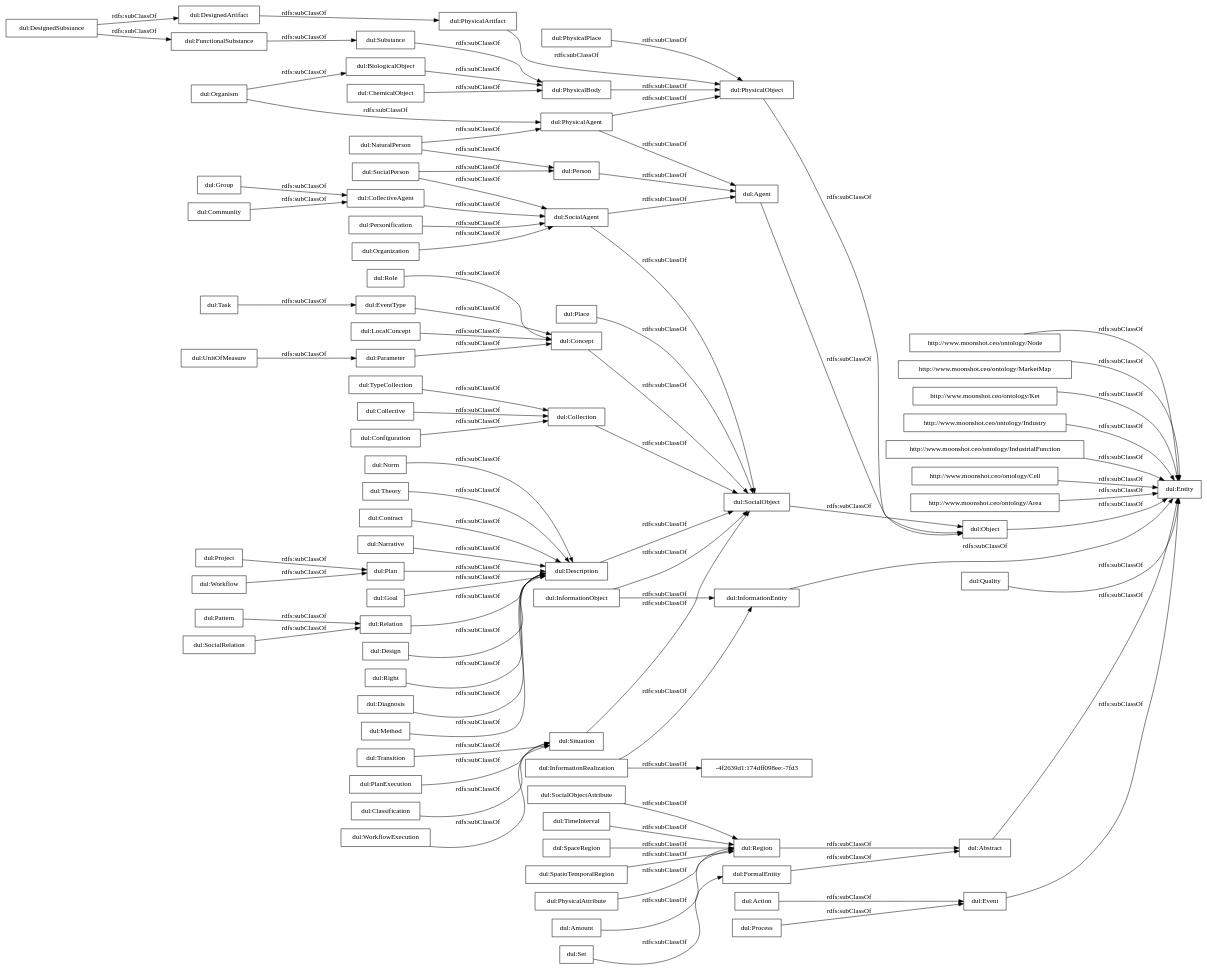
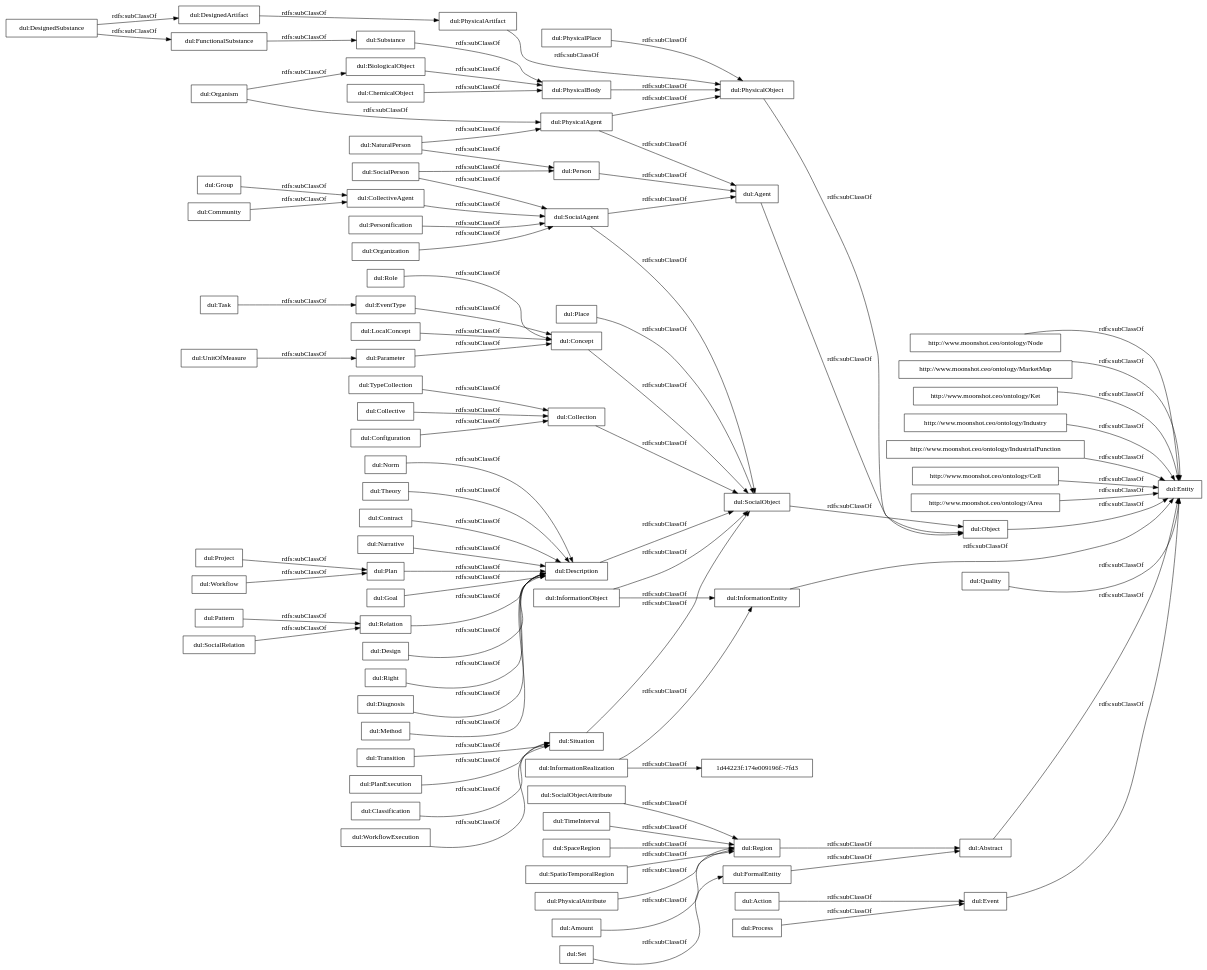
The diagram in OnToology/iebrain.ttl/diagrams/ar2dtool-taxonomy/iebrain.ttl.png.dot (oeg-upm/IEBrain), drawn with Graphviz before and after one commit. The commit also changed 5 other files, not shown here.

```diff
--- a/OnToology/iebrain.ttl/diagrams/ar2dtool-taxonomy/iebrain.ttl.png.dot
+++ b/OnToology/iebrain.ttl/diagrams/ar2dtool-taxonomy/iebrain.ttl.png.dot
@@ -1,95 +1,95 @@
 digraph ar2dtool_diagram { 
 rankdir=LR;
 size="1000"
-node [shape = rectangle, color="black"]; "http://www.moonshot.ceo/ontology/Node" "http://www.moonshot.ceo/ontology/MarketMap" "http://www.moonshot.ceo/ontology/Ket" "http://www.moonshot.ceo/ontology/Industry" "http://www.moonshot.ceo/ontology/IndustrialFunction" "http://www.moonshot.ceo/ontology/Cell" "http://www.moonshot.ceo/ontology/Area" "dul:Goal" "dul:FormalEntity" "dul:EventType" "dul:PhysicalBody" "dul:Object" "dul:Description" "dul:PhysicalAgent" "dul:Relation" "dul:Role" "dul:Entity" "dul:Organism" "dul:Situation" "dul:Personification" "dul:UnitOfMeasure" "dul:Abstract" "dul:SocialPerson" "dul:Transition" "dul:Collective" "dul:CollectiveAgent" "dul:Amount" "dul:Plan" "dul:Design" "dul:Process" "dul:SocialObjectAttribute" "dul:Right" "dul:Task" "dul:DesignedSubstance" "dul:BiologicalObject" "dul:Place" "dul:Quality" "dul:Action" "dul:SocialAgent" "-4f2639d1:174dff098ee:-7fd3" "dul:Configuration" "dul:Project" "dul:PlanExecution" "dul:Pattern" "dul:Agent" "dul:Classification" "dul:Diagnosis" "dul:Parameter" "dul:WorkflowExecution" "dul:SocialObject" "dul:Group" "dul:Community" "dul:FunctionalSubstance" "dul:PhysicalPlace" "dul:Method" "dul:Concept" "dul:SocialRelation" "dul:DesignedArtifact" "dul:Event" "dul:TimeInterval" "dul:Person" "dul:TypeCollection" "dul:SpaceRegion" "dul:PhysicalObject" "dul:SpatioTemporalRegion" "dul:Norm" "dul:InformationRealization" "dul:Theory" "dul:PhysicalAttribute" "dul:NaturalPerson" "dul:Workflow" "dul:InformationObject" "dul:ChemicalObject" "dul:Contract" "dul:Narrative" "dul:Collection" "dul:Substance" "dul:Region" "dul:InformationEntity" "dul:PhysicalArtifact" "dul:Organization" "dul:Set" "dul:LocalConcept" ; /*classes style*/
+node [shape = rectangle, color="black"]; "http://www.moonshot.ceo/ontology/Node" "http://www.moonshot.ceo/ontology/MarketMap" "http://www.moonshot.ceo/ontology/Ket" "http://www.moonshot.ceo/ontology/Industry" "http://www.moonshot.ceo/ontology/IndustrialFunction" "http://www.moonshot.ceo/ontology/Cell" "http://www.moonshot.ceo/ontology/Area" "dul:Goal" "dul:FormalEntity" "dul:EventType" "dul:PhysicalBody" "dul:Object" "dul:Description" "dul:PhysicalAgent" "dul:Relation" "dul:Role" "dul:Entity" "dul:Organism" "dul:Personification" "dul:Situation" "dul:UnitOfMeasure" "dul:Abstract" "dul:SocialPerson" "dul:Transition" "dul:Collective" "dul:CollectiveAgent" "dul:Amount" "dul:Plan" "dul:Design" "dul:Process" "dul:SocialObjectAttribute" "dul:Right" "dul:Task" "dul:DesignedSubstance" "dul:BiologicalObject" "dul:Place" "dul:Quality" "dul:Action" "dul:SocialAgent" "dul:Configuration" "dul:Project" "dul:PlanExecution" "dul:Pattern" "dul:Agent" "dul:Classification" "dul:Diagnosis" "dul:Parameter" "dul:WorkflowExecution" "dul:SocialObject" "dul:Group" "dul:Community" "dul:FunctionalSubstance" "dul:PhysicalPlace" "dul:Method" "dul:Concept" "dul:SocialRelation" "dul:Event" "dul:DesignedArtifact" "dul:TimeInterval" "dul:Person" "dul:TypeCollection" "dul:SpaceRegion" "dul:PhysicalObject" "dul:SpatioTemporalRegion" "dul:Norm" "1d44223f:174e009196f:-7fd3" "dul:InformationRealization" "dul:Theory" "dul:PhysicalAttribute" "dul:NaturalPerson" "dul:Workflow" "dul:InformationObject" "dul:ChemicalObject" "dul:Contract" "dul:Narrative" "dul:Collection" "dul:Substance" "dul:Region" "dul:InformationEntity" "dul:PhysicalArtifact" "dul:Organization" "dul:Set" "dul:LocalConcept" ; /*classes style*/
 	"dul:CollectiveAgent" -> "dul:SocialAgent" [ label = "rdfs:subClassOf" ];
 	"dul:Region" -> "dul:Abstract" [ label = "rdfs:subClassOf" ];
 	"dul:TypeCollection" -> "dul:Collection" [ label = "rdfs:subClassOf" ];
 	"dul:PhysicalAttribute" -> "dul:Region" [ label = "rdfs:subClassOf" ];
 	"dul:Organization" -> "dul:SocialAgent" [ label = "rdfs:subClassOf" ];
 	"http://www.moonshot.ceo/ontology/Node" -> "dul:Entity" [ label = "rdfs:subClassOf" ];
 	"dul:Configuration" -> "dul:Collection" [ label = "rdfs:subClassOf" ];
 	"dul:Quality" -> "dul:Entity" [ label = "rdfs:subClassOf" ];
 	"dul:Description" -> "dul:SocialObject" [ label = "rdfs:subClassOf" ];
 	"dul:Community" -> "dul:CollectiveAgent" [ label = "rdfs:subClassOf" ];
 	"dul:Method" -> "dul:Description" [ label = "rdfs:subClassOf" ];
 	"dul:Concept" -> "dul:SocialObject" [ label = "rdfs:subClassOf" ];
 	"dul:Object" -> "dul:Entity" [ label = "rdfs:subClassOf" ];
 	"dul:Place" -> "dul:SocialObject" [ label = "rdfs:subClassOf" ];
 	"dul:PhysicalArtifact" -> "dul:PhysicalObject" [ label = "rdfs:subClassOf" ];
 	"dul:Organism" -> "dul:PhysicalAgent" [ label = "rdfs:subClassOf" ];
 	"dul:Organism" -> "dul:BiologicalObject" [ label = "rdfs:subClassOf" ];
 	"dul:Goal" -> "dul:Description" [ label = "rdfs:subClassOf" ];
 	"dul:FunctionalSubstance" -> "dul:Substance" [ label = "rdfs:subClassOf" ];
 	"dul:Role" -> "dul:Concept" [ label = "rdfs:subClassOf" ];
 	"dul:Collective" -> "dul:Collection" [ label = "rdfs:subClassOf" ];
 	"dul:InformationObject" -> "dul:SocialObject" [ label = "rdfs:subClassOf" ];
 	"dul:InformationObject" -> "dul:InformationEntity" [ label = "rdfs:subClassOf" ];
 	"dul:UnitOfMeasure" -> "dul:Parameter" [ label = "rdfs:subClassOf" ];
 	"dul:SocialObjectAttribute" -> "dul:Region" [ label = "rdfs:subClassOf" ];
 	"dul:WorkflowExecution" -> "dul:Situation" [ label = "rdfs:subClassOf" ];
 	"dul:Right" -> "dul:Description" [ label = "rdfs:subClassOf" ];
 	"dul:Task" -> "dul:EventType" [ label = "rdfs:subClassOf" ];
 	"dul:Set" -> "dul:FormalEntity" [ label = "rdfs:subClassOf" ];
 	"dul:DesignedSubstance" -> "dul:FunctionalSubstance" [ label = "rdfs:subClassOf" ];
 	"dul:DesignedSubstance" -> "dul:DesignedArtifact" [ label = "rdfs:subClassOf" ];
 	"dul:SocialObject" -> "dul:Object" [ label = "rdfs:subClassOf" ];
 	"dul:Parameter" -> "dul:Concept" [ label = "rdfs:subClassOf" ];
-	"dul:InformationRealization" -> "-4f2639d1:174dff098ee:-7fd3" [ label = "rdfs:subClassOf" ];
+	"dul:InformationRealization" -> "1d44223f:174e009196f:-7fd3" [ label = "rdfs:subClassOf" ];
 	"dul:InformationRealization" -> "dul:InformationEntity" [ label = "rdfs:subClassOf" ];
 	"dul:Substance" -> "dul:PhysicalBody" [ label = "rdfs:subClassOf" ];
 	"dul:Event" -> "dul:Entity" [ label = "rdfs:subClassOf" ];
 	"dul:PhysicalAgent" -> "dul:PhysicalObject" [ label = "rdfs:subClassOf" ];
 	"dul:PhysicalAgent" -> "dul:Agent" [ label = "rdfs:subClassOf" ];
 	"http://www.moonshot.ceo/ontology/Area" -> "dul:Entity" [ label = "rdfs:subClassOf" ];
 	"dul:Project" -> "dul:Plan" [ label = "rdfs:subClassOf" ];
 	"dul:PhysicalObject" -> "dul:Object" [ label = "rdfs:subClassOf" ];
 	"dul:Action" -> "dul:Event" [ label = "rdfs:subClassOf" ];
 	"dul:Situation" -> "dul:SocialObject" [ label = "rdfs:subClassOf" ];
 	"dul:Design" -> "dul:Description" [ label = "rdfs:subClassOf" ];
 	"dul:EventType" -> "dul:Concept" [ label = "rdfs:subClassOf" ];
 	"dul:Classification" -> "dul:Situation" [ label = "rdfs:subClassOf" ];
 	"http://www.moonshot.ceo/ontology/IndustrialFunction" -> "dul:Entity" [ label = "rdfs:subClassOf" ];
 	"dul:Workflow" -> "dul:Plan" [ label = "rdfs:subClassOf" ];
 	"dul:Pattern" -> "dul:Relation" [ label = "rdfs:subClassOf" ];
 	"dul:Transition" -> "dul:Situation" [ label = "rdfs:subClassOf" ];
 	"dul:Norm" -> "dul:Description" [ label = "rdfs:subClassOf" ];
 	"dul:Person" -> "dul:Agent" [ label = "rdfs:subClassOf" ];
 	"http://www.moonshot.ceo/ontology/Ket" -> "dul:Entity" [ label = "rdfs:subClassOf" ];
 	"http://www.moonshot.ceo/ontology/Cell" -> "dul:Entity" [ label = "rdfs:subClassOf" ];
 	"dul:Contract" -> "dul:Description" [ label = "rdfs:subClassOf" ];
 	"dul:PhysicalPlace" -> "dul:PhysicalObject" [ label = "rdfs:subClassOf" ];
 	"dul:Relation" -> "dul:Description" [ label = "rdfs:subClassOf" ];
 	"dul:SocialRelation" -> "dul:Relation" [ label = "rdfs:subClassOf" ];
 	"dul:PlanExecution" -> "dul:Situation" [ label = "rdfs:subClassOf" ];
 	"http://www.moonshot.ceo/ontology/MarketMap" -> "dul:Entity" [ label = "rdfs:subClassOf" ];
 	"dul:LocalConcept" -> "dul:Concept" [ label = "rdfs:subClassOf" ];
 	"dul:FormalEntity" -> "dul:Abstract" [ label = "rdfs:subClassOf" ];
 	"dul:PhysicalBody" -> "dul:PhysicalObject" [ label = "rdfs:subClassOf" ];
 	"http://www.moonshot.ceo/ontology/Industry" -> "dul:Entity" [ label = "rdfs:subClassOf" ];
 	"dul:BiologicalObject" -> "dul:PhysicalBody" [ label = "rdfs:subClassOf" ];
 	"dul:SocialPerson" -> "dul:SocialAgent" [ label = "rdfs:subClassOf" ];
 	"dul:SocialPerson" -> "dul:Person" [ label = "rdfs:subClassOf" ];
 	"dul:NaturalPerson" -> "dul:PhysicalAgent" [ label = "rdfs:subClassOf" ];
 	"dul:NaturalPerson" -> "dul:Person" [ label = "rdfs:subClassOf" ];
 	"dul:TimeInterval" -> "dul:Region" [ label = "rdfs:subClassOf" ];
 	"dul:Collection" -> "dul:SocialObject" [ label = "rdfs:subClassOf" ];
 	"dul:InformationEntity" -> "dul:Entity" [ label = "rdfs:subClassOf" ];
 	"dul:SpatioTemporalRegion" -> "dul:Region" [ label = "rdfs:subClassOf" ];
 	"dul:Personification" -> "dul:SocialAgent" [ label = "rdfs:subClassOf" ];
 	"dul:DesignedArtifact" -> "dul:PhysicalArtifact" [ label = "rdfs:subClassOf" ];
 	"dul:ChemicalObject" -> "dul:PhysicalBody" [ label = "rdfs:subClassOf" ];
 	"dul:Narrative" -> "dul:Description" [ label = "rdfs:subClassOf" ];
 	"dul:Process" -> "dul:Event" [ label = "rdfs:subClassOf" ];
 	"dul:Theory" -> "dul:Description" [ label = "rdfs:subClassOf" ];
 	"dul:Abstract" -> "dul:Entity" [ label = "rdfs:subClassOf" ];
 	"dul:SpaceRegion" -> "dul:Region" [ label = "rdfs:subClassOf" ];
 	"dul:Plan" -> "dul:Description" [ label = "rdfs:subClassOf" ];
 	"dul:Group" -> "dul:CollectiveAgent" [ label = "rdfs:subClassOf" ];
 	"dul:SocialAgent" -> "dul:SocialObject" [ label = "rdfs:subClassOf" ];
 	"dul:SocialAgent" -> "dul:Agent" [ label = "rdfs:subClassOf" ];
 	"dul:Diagnosis" -> "dul:Description" [ label = "rdfs:subClassOf" ];
 	"dul:Agent" -> "dul:Object" [ label = "rdfs:subClassOf" ];
 	"dul:Amount" -> "dul:Region" [ label = "rdfs:subClassOf" ];
 
 }
```
